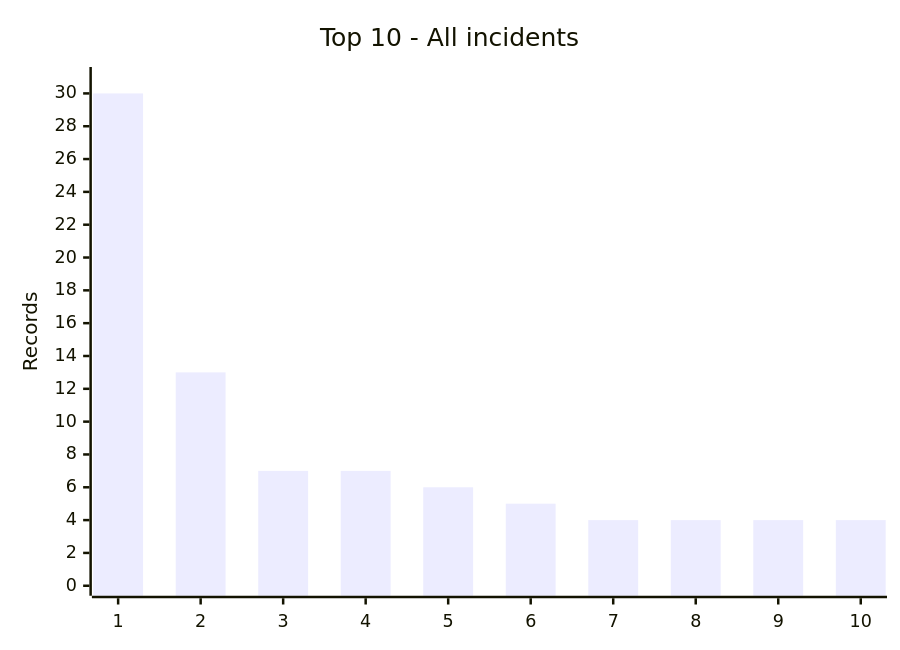
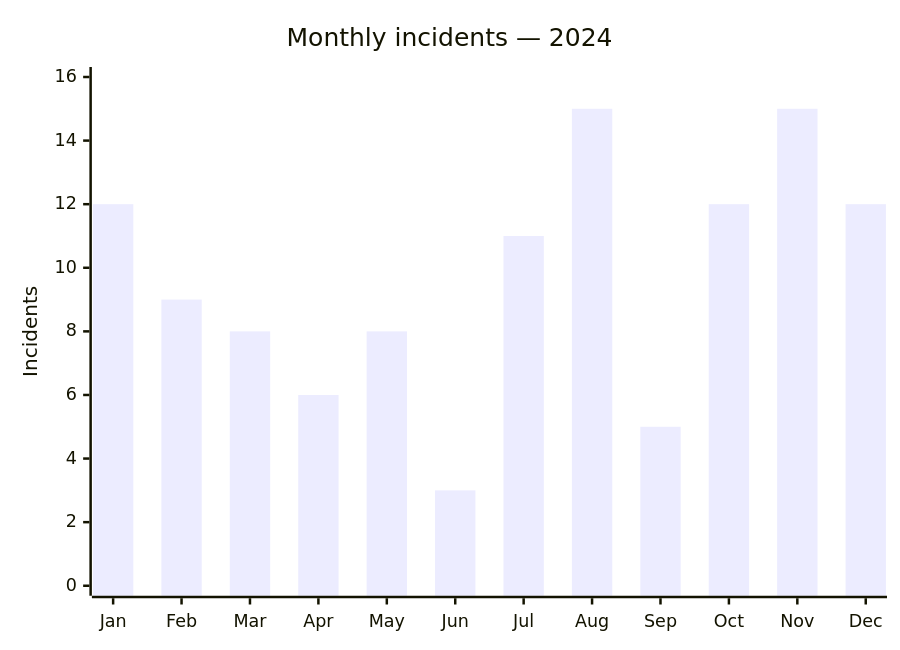
Before and after one commit to Hatchepsoute/AFRINTEL: the first of 3 diagrams in CyberAttackAfrica/2024/README.md, drawn with Mermaid. The commit also changed other lines of this file and 109 other files, not shown here.

````diff
--- a/CyberAttackAfrica/2024/README.md
+++ b/CyberAttackAfrica/2024/README.md
@@ -65,7 +58,7 @@
 ```mermaid
-xychart-beta
-    title "Top 10 - All incidents"
-    x-axis ["1","2","3","4","5","6","7","8","9","10"]
-    y-axis "Records" 0 --> 31
-    bar [30,13,7,7,6,5,4,4,4,4]
+xychart
+    title "Monthly incidents — 2024"
+    x-axis ["Jan","Feb","Mar","Apr","May","Jun","Jul","Aug","Sep","Oct","Nov","Dec"]
+    y-axis "Incidents" 0 --> 16
+    bar [12,9,8,6,8,3,11,15,5,12,15,12]
 ```
````
